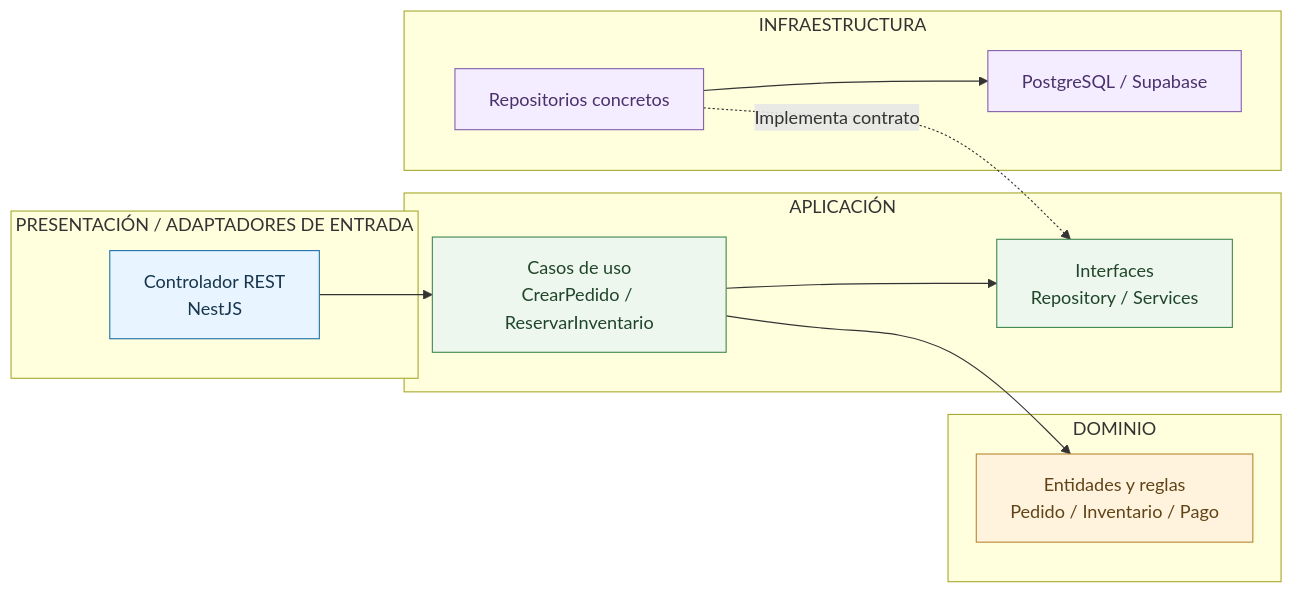
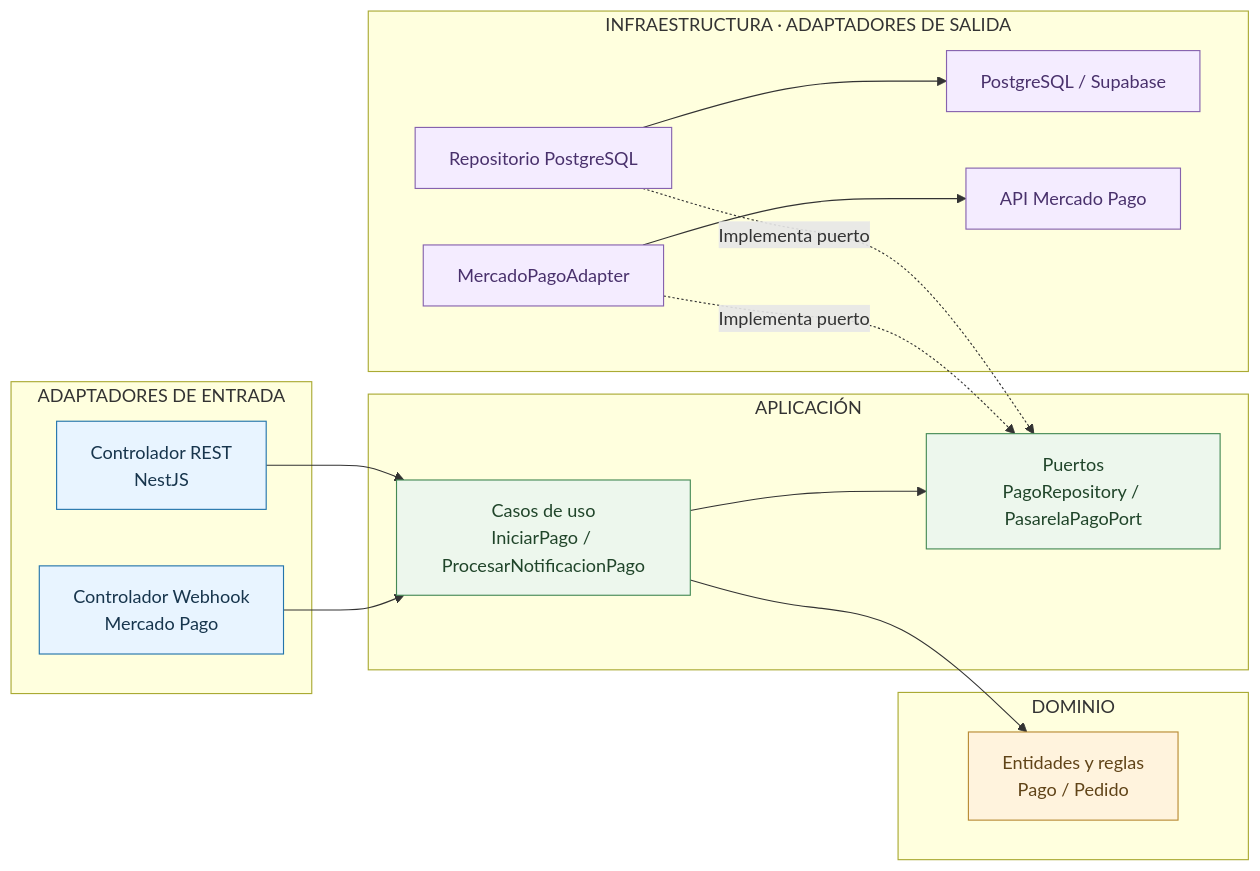
The diagram in docs/02-arquitectura-software/enfoque-arquitectonico.md (DheanFernandez/mercado-multivendedor), drawn with Mermaid before and after one commit. The commit also changed other lines of this file and 24 other files, not shown here.

Commit message:
docs: refactorizar estilo a monolito modular e integrar pago unico con Mercado Pago

````diff
--- a/docs/02-arquitectura-software/enfoque-arquitectonico.md
+++ b/docs/02-arquitectura-software/enfoque-arquitectonico.md
@@ -136,37 +139,43 @@
 ```mermaid
 flowchart LR
 
-    subgraph PRESENTACION["PRESENTACIÓN / ADAPTADORES DE ENTRADA"]
+    subgraph ENTRADA["ADAPTADORES DE ENTRADA"]
         CTRL["Controlador REST<br/>NestJS"]
+        WH["Controlador Webhook<br/>Mercado Pago"]
     end
 
     subgraph APLICACION["APLICACIÓN"]
-        UC["Casos de uso<br/>CrearPedido / ReservarInventario"]
-        PORT["Interfaces<br/>Repository / Services"]
+        UC["Casos de uso<br/>IniciarPago / ProcesarNotificacionPago"]
+        PORT["Puertos<br/>PagoRepository / PasarelaPagoPort"]
     end
 
     subgraph DOMINIO["DOMINIO"]
-        ENT["Entidades y reglas<br/>Pedido / Inventario / Pago"]
+        ENT["Entidades y reglas<br/>Pago / Pedido"]
     end
 
-    subgraph INFRA["INFRAESTRUCTURA"]
-        REPO["Repositorios concretos"]
+    subgraph INFRA["INFRAESTRUCTURA · ADAPTADORES DE SALIDA"]
+        REPO["Repositorio PostgreSQL"]
+        MPA["MercadoPagoAdapter"]
         DB["PostgreSQL / Supabase"]
+        MP["API Mercado Pago"]
     end
 
     CTRL --> UC
+    WH --> UC
     UC --> ENT
     UC --> PORT
-    REPO -.->|"Implementa contrato"| PORT
+    REPO -.->|"Implementa puerto"| PORT
+    MPA -.->|"Implementa puerto"| PORT
     REPO --> DB
+    MPA --> MP
 
-    classDef presentation fill:#e8f4ff,stroke:#2374ab,color:#17354d
+    classDef entry fill:#e8f4ff,stroke:#2374ab,color:#17354d
     classDef application fill:#edf7ed,stroke:#458a55,color:#20452a
     classDef domain fill:#fff3dd,stroke:#b88a34,color:#604418
     classDef infrastructure fill:#f4ecff,stroke:#8662ae,color:#49316c
 
-    class CTRL presentation
+    class CTRL,WH entry
     class UC,PORT application
     class ENT domain
-    class REPO,DB infrastructure
+    class REPO,MPA,DB,MP infrastructure
 ```
````
